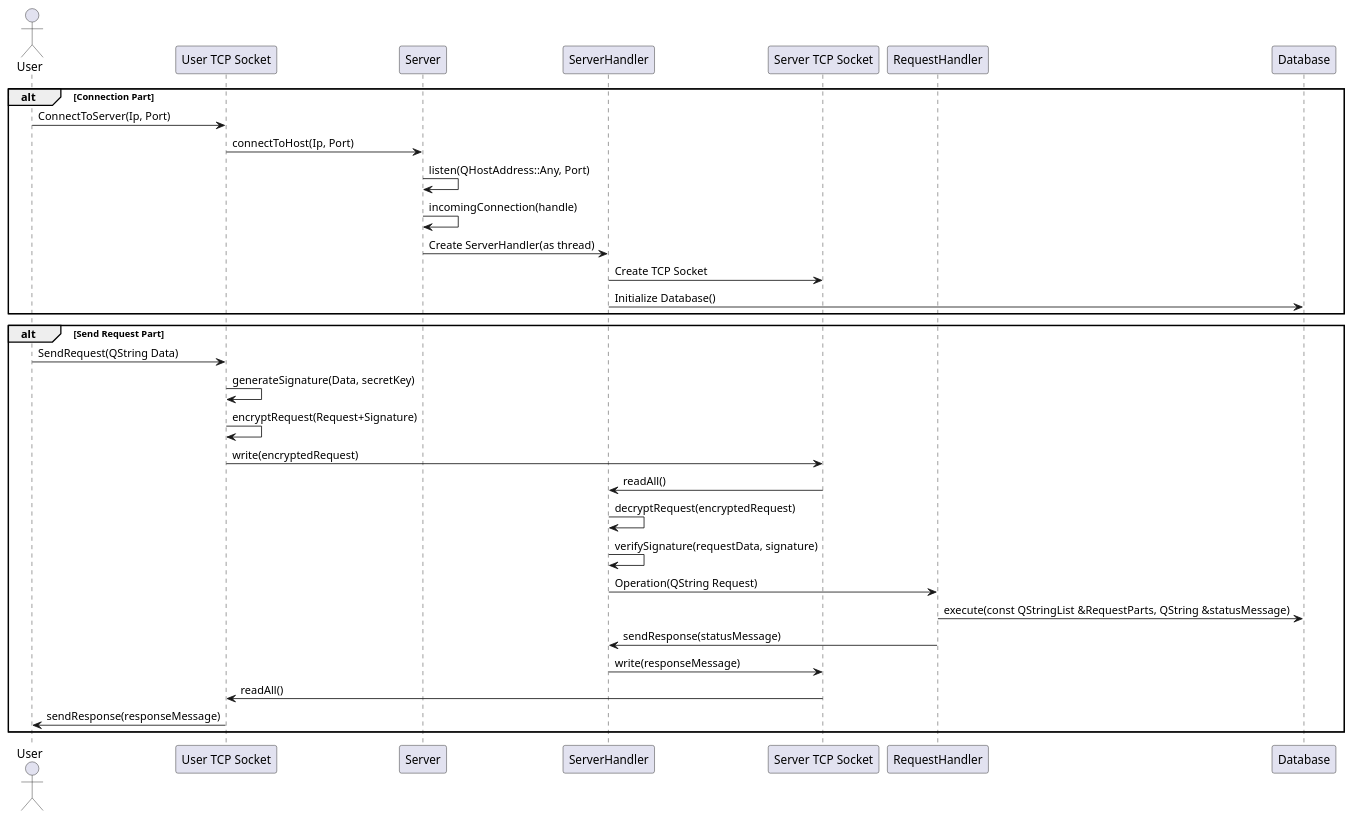
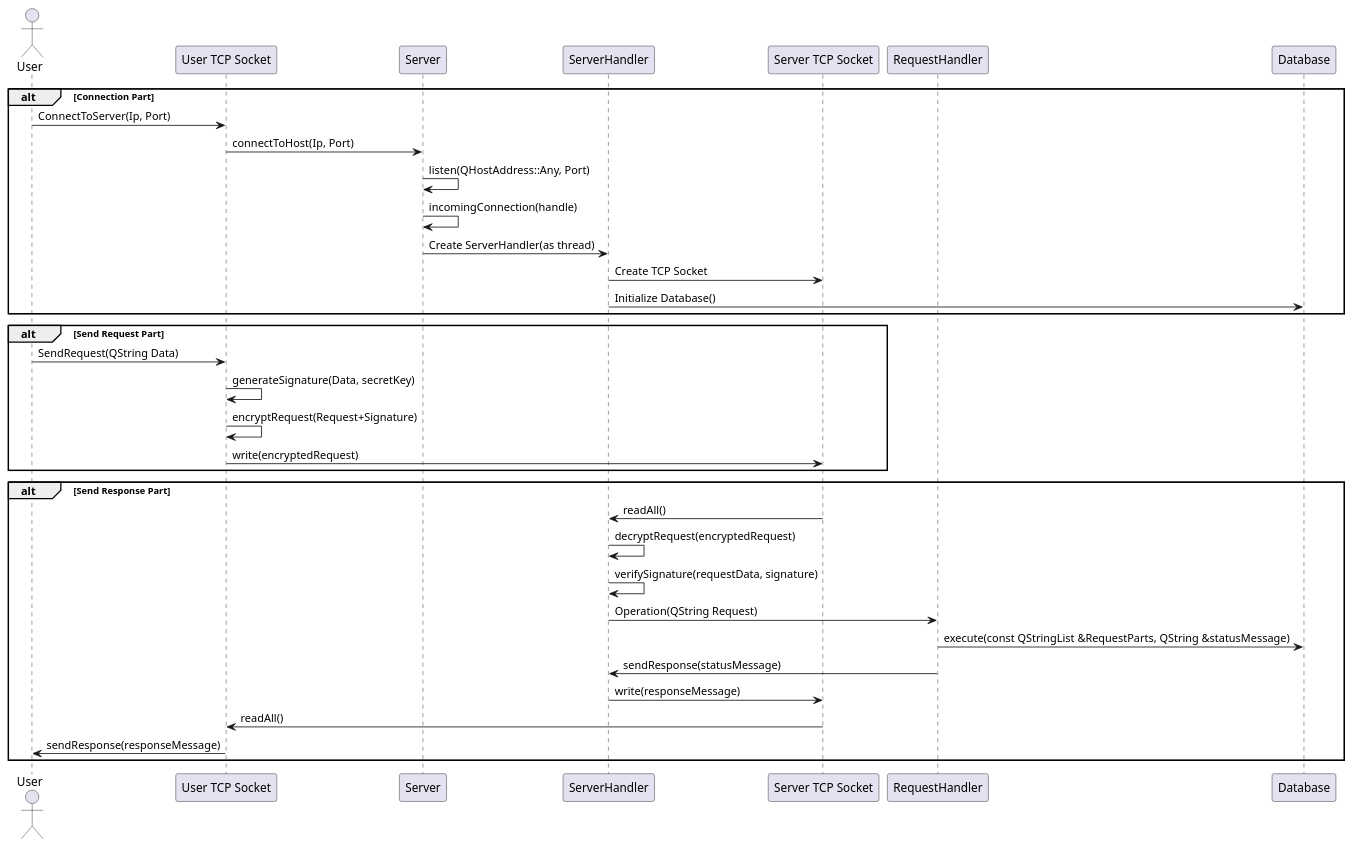
One commit to KerollosSamaan75/Bank-System-Project changed the diagram in ProjectDiagrams/sequenceDiagram.puml. Above: the diagram before and after it, drawn with PlantUML. The commit also changed 13 other files, not shown here.

```diff
--- a/ProjectDiagrams/sequenceDiagram.puml
+++ b/ProjectDiagrams/sequenceDiagram.puml
@@ -1,36 +1,38 @@
 @startuml
 actor User
 participant "User TCP Socket" as UserTCPSocket
 participant Server
 participant ServerHandler
 participant "Server TCP Socket" as ServerTCPSocket
 participant RequestHandler
 participant Database
 
 alt Connection Part
     User -> UserTCPSocket: ConnectToServer(Ip, Port)
     UserTCPSocket -> Server: connectToHost(Ip, Port)
     Server -> Server: listen(QHostAddress::Any, Port)
     Server -> Server: incomingConnection(handle)
     Server -> ServerHandler: Create ServerHandler(as thread)
     ServerHandler -> ServerTCPSocket: Create TCP Socket
     ServerHandler -> Database: Initialize Database()
 end
 
 alt Send Request Part
     User -> UserTCPSocket: SendRequest(QString Data)
     UserTCPSocket -> UserTCPSocket: generateSignature(Data, secretKey)
     UserTCPSocket -> UserTCPSocket: encryptRequest(Request+Signature)
     UserTCPSocket -> ServerTCPSocket: write(encryptedRequest)
+end
+alt Send Response Part
     ServerTCPSocket -> ServerHandler: readAll()
     ServerHandler -> ServerHandler: decryptRequest(encryptedRequest)
     ServerHandler -> ServerHandler: verifySignature(requestData, signature)
     ServerHandler -> RequestHandler: Operation(QString Request)
     RequestHandler -> Database: execute(const QStringList &RequestParts, QString &statusMessage)
     RequestHandler -> ServerHandler: sendResponse(statusMessage)
     ServerHandler -> ServerTCPSocket: write(responseMessage)
     ServerTCPSocket -> UserTCPSocket: readAll()
     UserTCPSocket -> User: sendResponse(responseMessage)
 end
 
 @enduml
```
